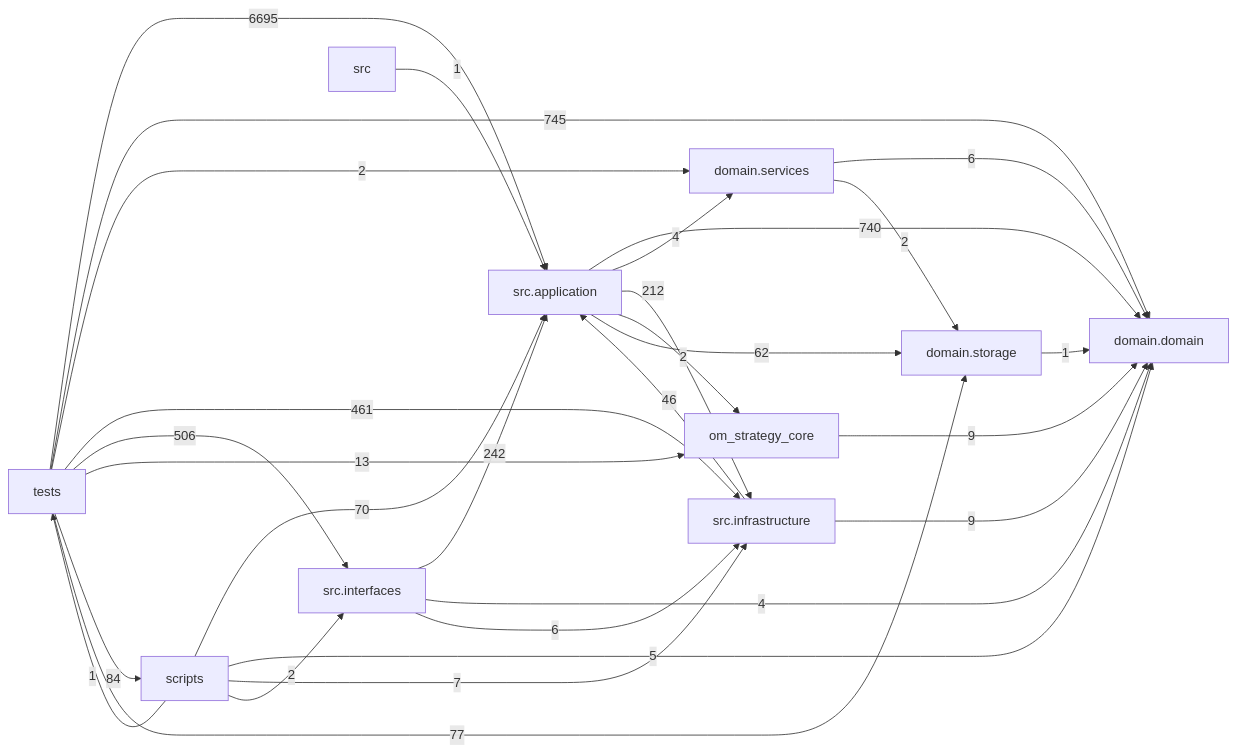
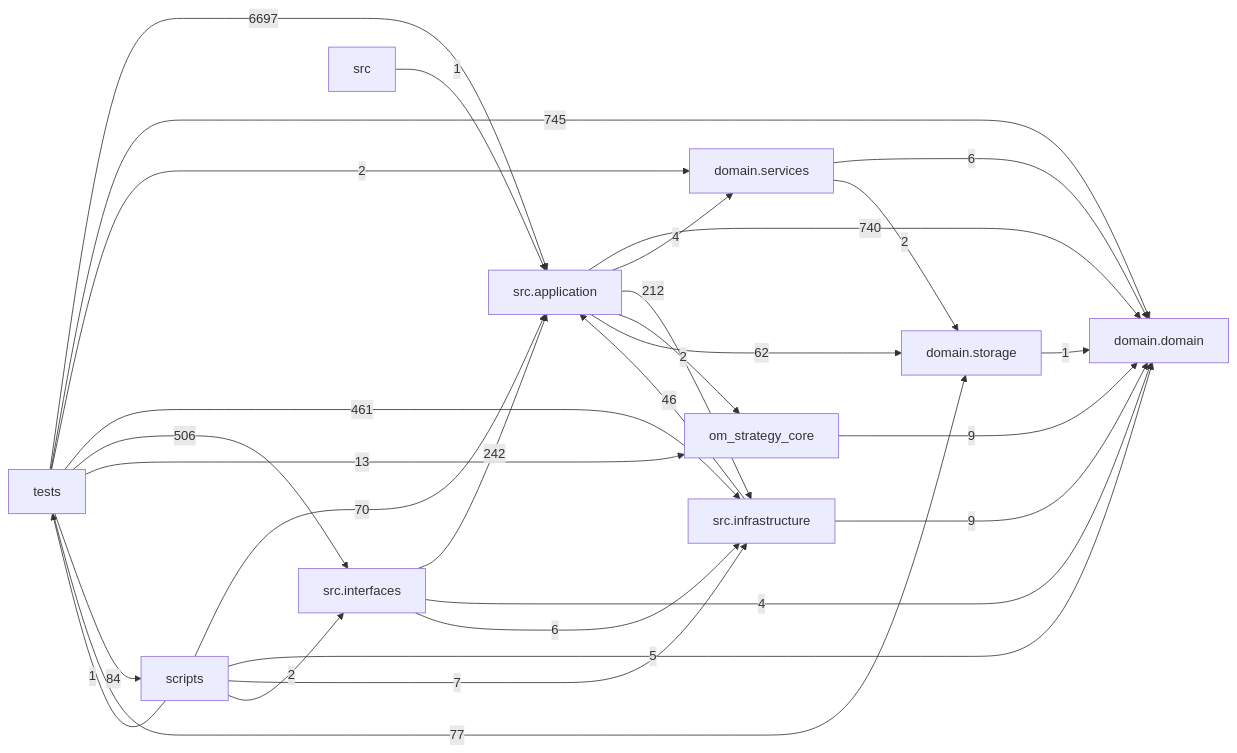
One commit to liuxie066/options-monitor changed the diagram in docs/DEPENDENCY_GRAPH.md. Above: the diagram before and after it, drawn with Mermaid. The commit also changed other lines of this file and 3 other files, not shown here.

````diff
--- a/docs/DEPENDENCY_GRAPH.md
+++ b/docs/DEPENDENCY_GRAPH.md
@@ -24,39 +24,39 @@
 ```mermaid
 flowchart LR
   tests["tests"]
   scripts["scripts"]
   interfaces["src.interfaces"]
   application["src.application"]
   infrastructure["src.infrastructure"]
   domain_services["domain.services"]
   domain["domain.domain"]
   storage["domain.storage"]
   application -->|740| domain
   application -->|4| domain_services
   application -->|212| infrastructure
   application -->|2| om_strategy_core
   application -->|62| storage
   domain_services -->|6| domain
   domain_services -->|2| storage
   infrastructure -->|46| application
   infrastructure -->|9| domain
   interfaces -->|242| application
   interfaces -->|4| domain
   interfaces -->|6| infrastructure
   om_strategy_core -->|9| domain
   scripts -->|70| application
   scripts -->|5| domain
   scripts -->|7| infrastructure
   scripts -->|2| interfaces
   scripts -->|1| tests
   src -->|1| application
   storage -->|1| domain
-  tests -->|6695| application
+  tests -->|6697| application
   tests -->|745| domain
   tests -->|2| domain_services
   tests -->|461| infrastructure
   tests -->|506| interfaces
   tests -->|13| om_strategy_core
   tests -->|84| scripts
   tests -->|77| storage
 ```
````
